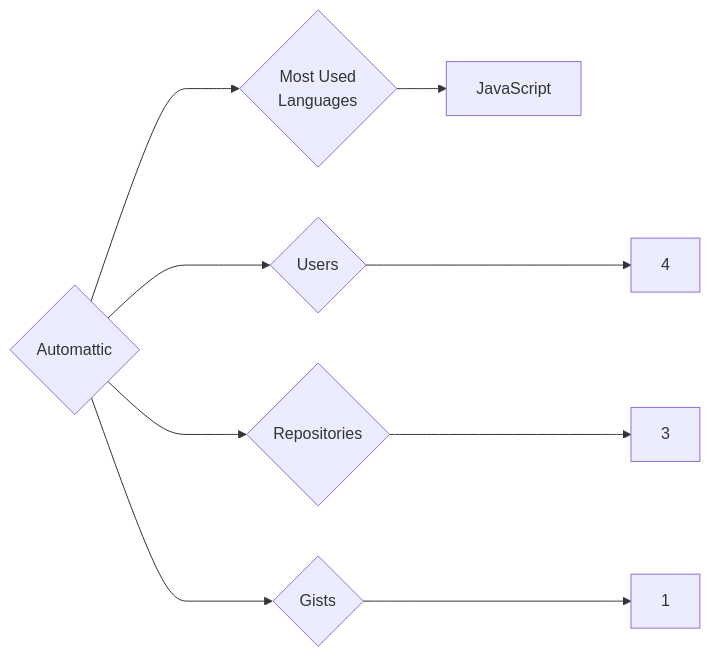
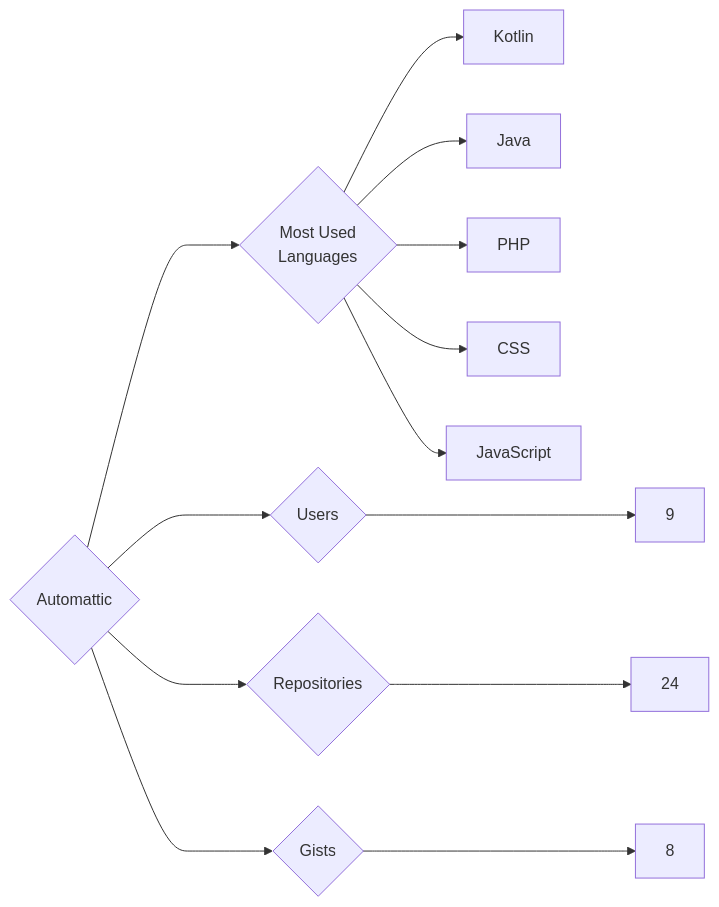
One commit to trickest/insiders changed the diagram in targets/Automattic/README.md. Above: the diagram before and after it, drawn with Mermaid. The commit also changed 783 other files, not shown here.

````diff
--- a/targets/Automattic/README.md
+++ b/targets/Automattic/README.md
@@ -3,9 +3,13 @@
 ```mermaid
 graph LR
 COMPANY_NAME{Automattic}
-COMPANY_NAME ---> U{Users} ---> UN[4]
-COMPANY_NAME ---> R{Repositories} ---> RN[3]
-COMPANY_NAME ---> G{Gists} ---> GN[1]
+COMPANY_NAME ---> U{Users} ---> UN[9]
+COMPANY_NAME ---> R{Repositories} ---> RN[24]
+COMPANY_NAME ---> G{Gists} ---> GN[8]
 COMPANY_NAME ---> ML{Most Used<br>Languages}
+ML --> Kotlin[Kotlin]
+ML --> Java[Java]
+ML --> PHP[PHP]
+ML --> CSS[CSS]
 ML --> JavaScript[JavaScript]
 ```
````
